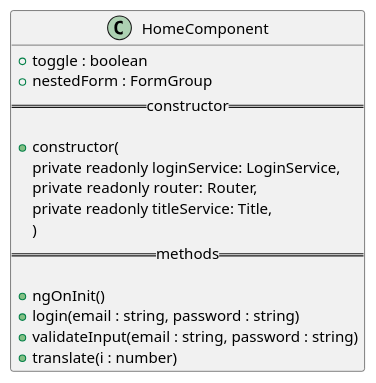
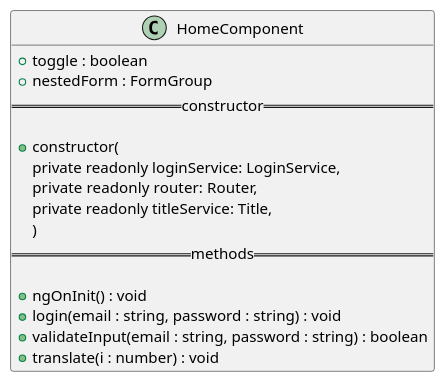
The diagram in docs/diagrams/view/routes/HomeComponent.pu (GruppOne/stalker-web-app), drawn with PlantUML before and after one commit. The commit also changed 16 other files, not shown here.

```diff
--- a/docs/diagrams/view/routes/HomeComponent.pu
+++ b/docs/diagrams/view/routes/HomeComponent.pu
@@ -1,19 +1,19 @@
 @startuml HomeComponent diagram
 class HomeComponent {
   + toggle : boolean
   + nestedForm : FormGroup
   ==constructor==
 
   + constructor(
     private readonly loginService: LoginService,
     private readonly router: Router,
     private readonly titleService: Title,
   )
   ==methods==
 
-  + ngOnInit()
-  + login(email : string, password : string)
-  + validateInput(email : string, password : string)
-  + translate(i : number)
+  + ngOnInit() : void
+  + login(email : string, password : string) : void
+  + validateInput(email : string, password : string) : boolean
+  + translate(i : number) : void
 }
 @enduml
```
